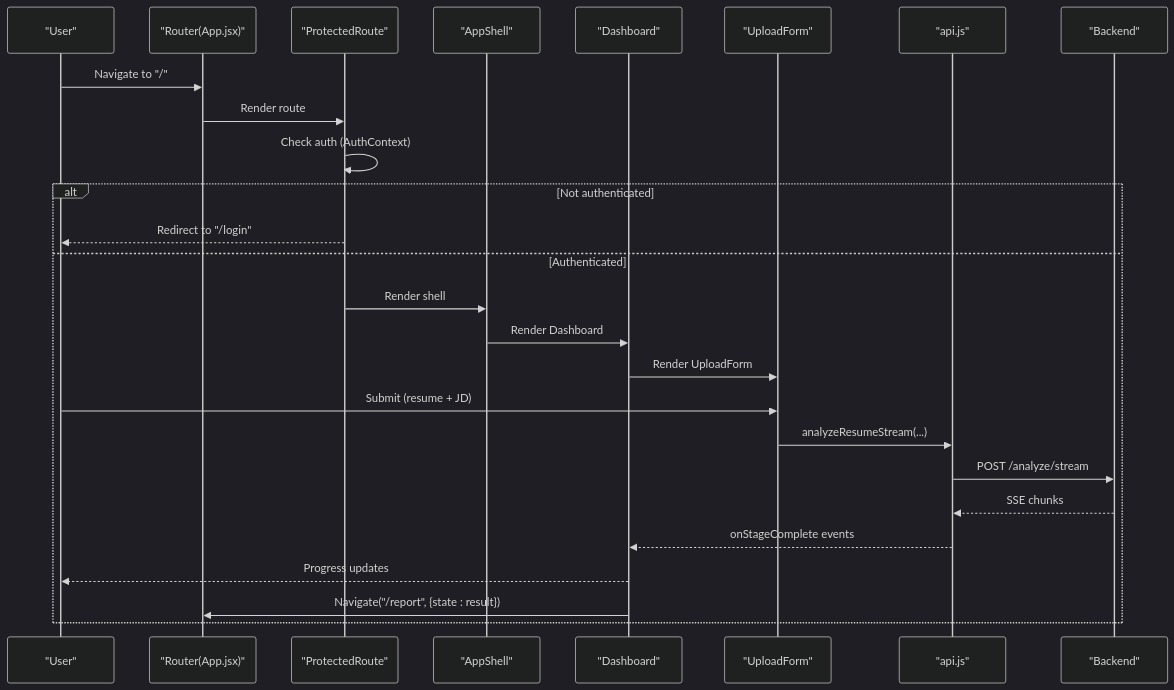
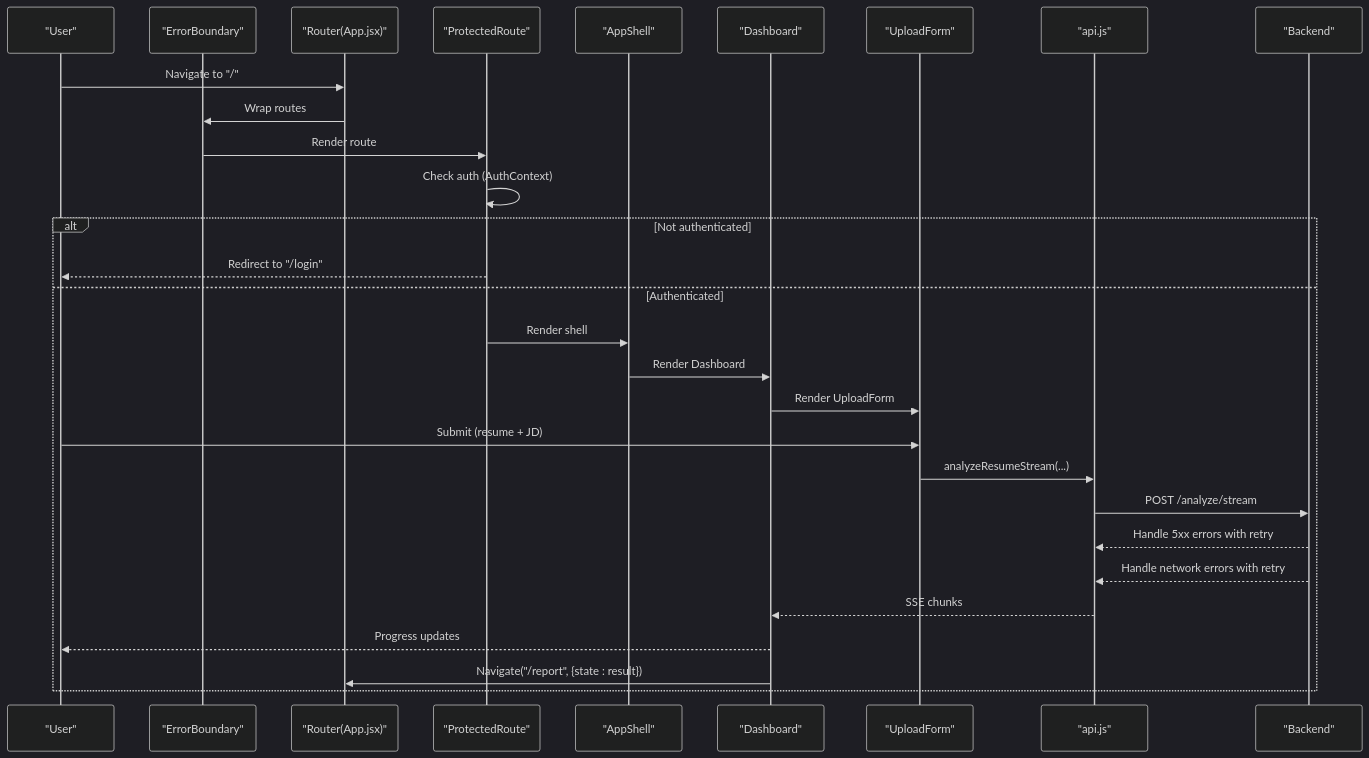
One commit to Revanththetalogics/aireume changed the second of 15 diagrams in .qoder/repowiki/en/content/Frontend Architecture/Frontend Architecture.md. Above: the diagram before and after it, drawn with Mermaid (dark theme). The commit also changed other lines of this file and 33 other files, not shown here.

````diff
--- a/.qoder/repowiki/en/content/Frontend Architecture/Frontend Architecture.md
+++ b/.qoder/repowiki/en/content/Frontend Architecture/Frontend Architecture.md
@@ -153,28 +170,31 @@
 ```mermaid
 sequenceDiagram
 participant U as "User"
+participant EB as "ErrorBoundary"
 participant R as "Router(App.jsx)"
 participant P as "ProtectedRoute"
 participant S as "AppShell"
 participant D as "Dashboard"
 participant UF as "UploadForm"
 participant API as "api.js"
 participant BE as "Backend"
 U->>R : Navigate to "/"
-R->>P : Render route
+R->>EB : Wrap routes
+EB->>P : Render route
 P->>P : Check auth (AuthContext)
 alt Not authenticated
 P-->>U : Redirect to "/login"
 else Authenticated
 P->>S : Render shell
 S->>D : Render Dashboard
 D->>UF : Render UploadForm
 U->>UF : Submit (resume + JD)
 UF->>API : analyzeResumeStream(...)
 API->>BE : POST /analyze/stream
-BE-->>API : SSE chunks
-API-->>D : onStageComplete events
+BE-->>API : Handle 5xx errors with retry
+BE-->>API : Handle network errors with retry
+API-->>D : SSE chunks
 D-->>U : Progress updates
 D->>R : Navigate("/report", {state : result})
 end
 ```
````
